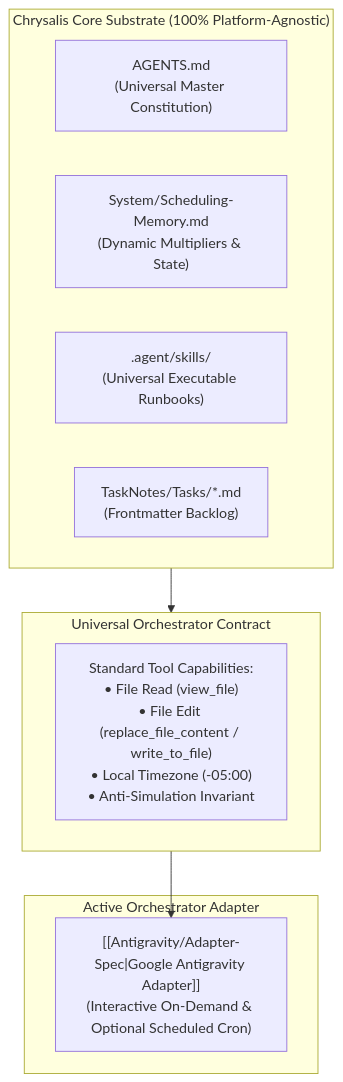
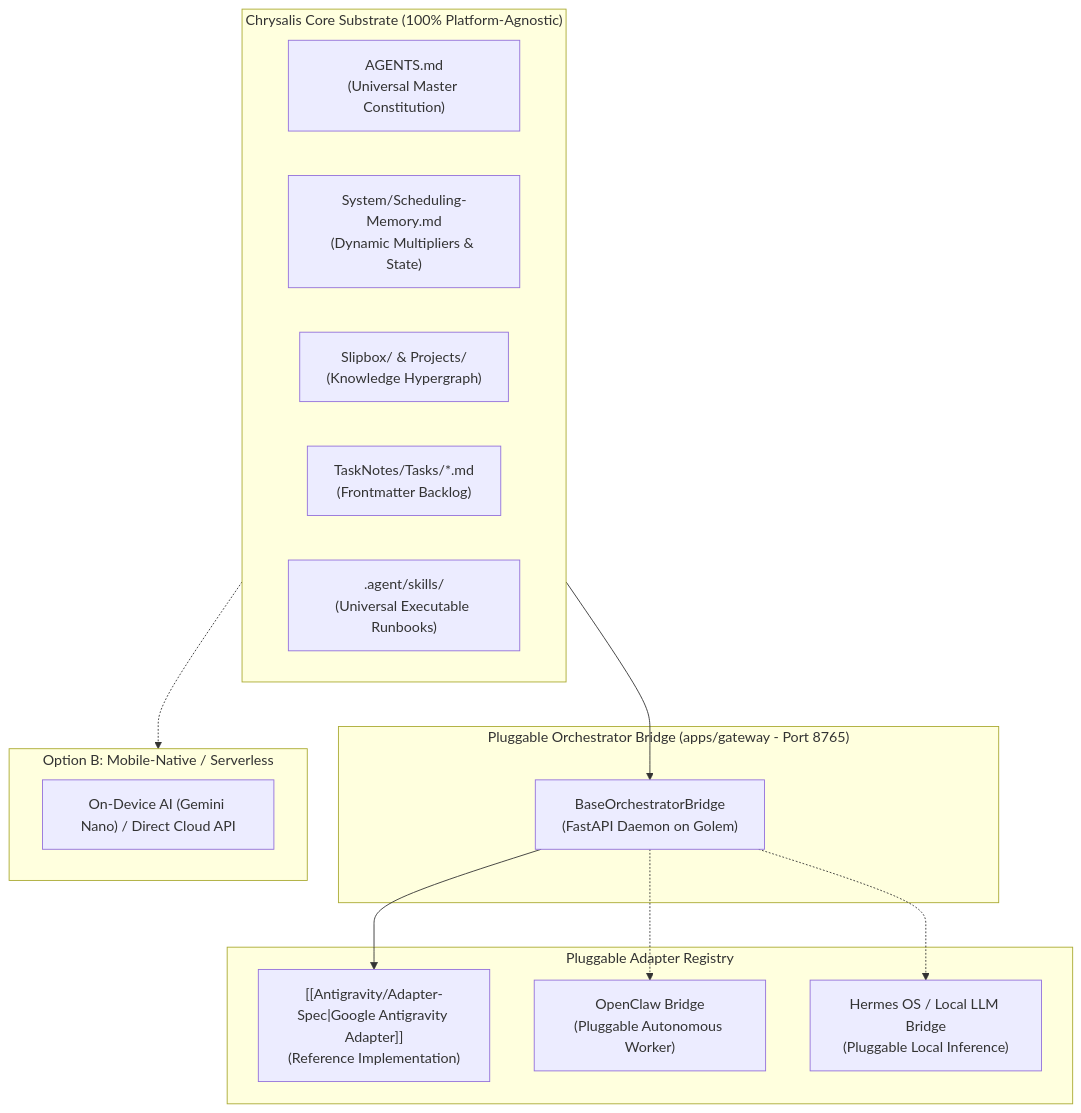
Before and after one commit to tama-gucci/chrysalis: the diagram in System/Orchestrators/README.md, drawn with Mermaid. The commit also changed other lines of this file and 232 other files, not shown here.

Commit message:
feat(chrysalis-5.0): consolidate mobile client, ambient gateway, test suite, and scripts

````diff
--- a/System/Orchestrators/README.md
+++ b/System/Orchestrators/README.md
@@ -19,20 +19,30 @@
 ```mermaid
 graph TD
     subgraph Substrate ["Chrysalis Core Substrate (100% Platform-Agnostic)"]
         Constitution["AGENTS.md<br/>(Universal Master Constitution)"]
         Memory["System/Scheduling-Memory.md<br/>(Dynamic Multipliers & State)"]
+        Hypergraph["Slipbox/ & Projects/<br/>(Knowledge Hypergraph)"]
+        Tasks["TaskNotes/Tasks/*.md<br/>(Frontmatter Backlog)"]
         Skills[".agent/skills/<br/>(Universal Executable Runbooks)"]
-        Tasks["TaskNotes/Tasks/*.md<br/>(Frontmatter Backlog)"]
     end
 
-    subgraph Contract ["Universal Orchestrator Contract"]
-        ContractSpec["Standard Tool Capabilities:<br/>• File Read (view_file)<br/>• File Edit (replace_file_content / write_to_file)<br/>• Local Timezone (-05:00)<br/>• Anti-Simulation Invariant"]
+    subgraph ModularBridge ["Pluggable Orchestrator Bridge (apps/gateway - Port 8765)"]
+        Bridge["BaseOrchestratorBridge<br/>(FastAPI Daemon on Golem)"]
     end
 
-    subgraph ActiveAdapter ["Active Orchestrator Adapter"]
-        Antigravity["[[Antigravity/Adapter-Spec|Google Antigravity Adapter]]<br/>(Interactive On-Demand & Optional Scheduled Cron)"]
+    subgraph OrchestratorAdapters ["Pluggable Adapter Registry"]
+        Antigravity["[[Antigravity/Adapter-Spec|Google Antigravity Adapter]]<br/>(Reference Implementation)"]
+        OpenClaw["OpenClaw Bridge<br/>(Pluggable Autonomous Worker)"]
+        Hermes["Hermes OS / Local LLM Bridge<br/>(Pluggable Local Inference)"]
     end
 
-    Substrate --> Contract
-    Contract --> Antigravity
+    subgraph EdgeMode ["Option B: Mobile-Native / Serverless"]
+        EdgeAI["On-Device AI (Gemini Nano) / Direct Cloud API"]
+    end
+
+    Substrate --> Bridge
+    Bridge --> Antigravity
+    Bridge -.-> OpenClaw
+    Bridge -.-> Hermes
+    Substrate -.-> EdgeMode
 ```
````
